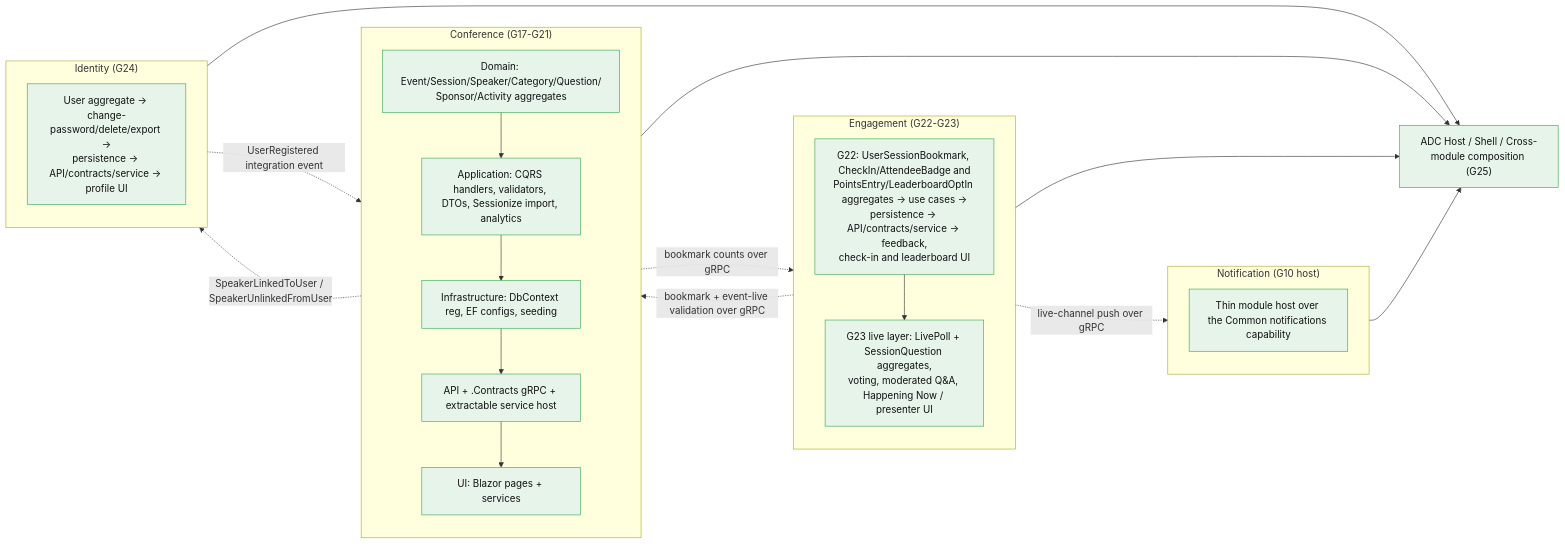
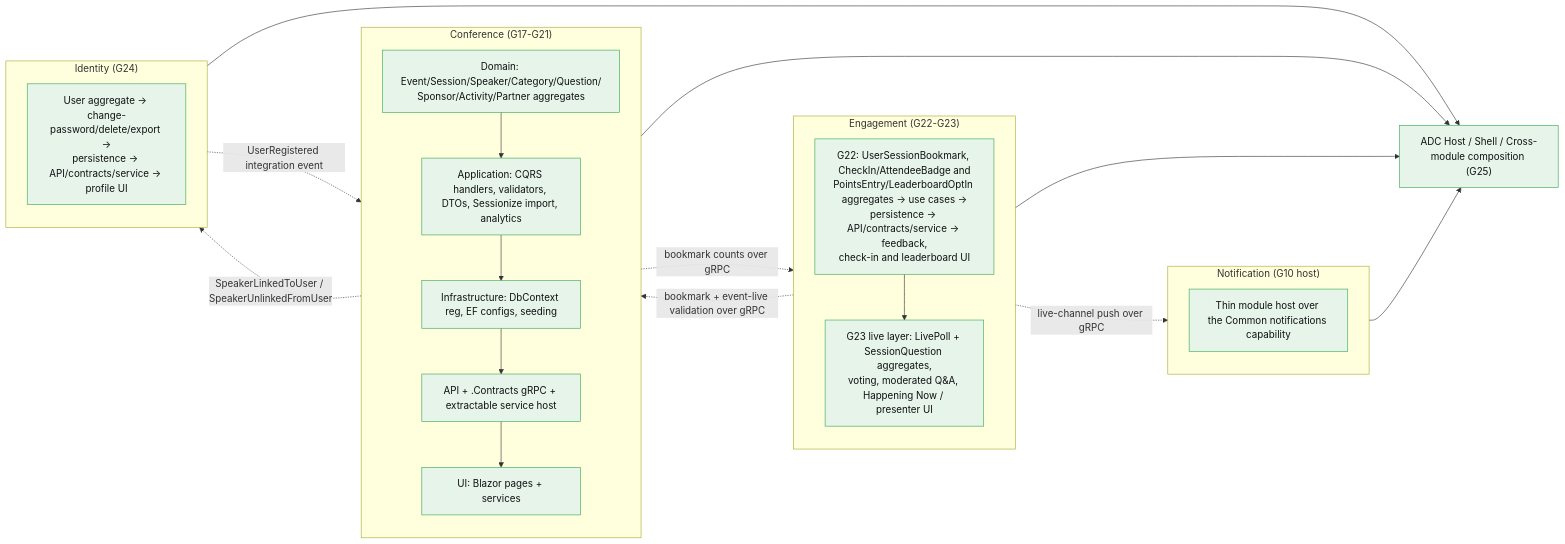
Before and after one commit to ivanball/ivanball.github.io: diagram 12 of 15 in docs-src/onboarding/CONCEPT-MAPS.md, drawn with Mermaid. The commit also changed 67 other files, not shown here.

````diff
--- a/docs-src/onboarding/CONCEPT-MAPS.md
+++ b/docs-src/onboarding/CONCEPT-MAPS.md
@@ -661,45 +661,45 @@
 ```mermaid
 flowchart LR
     subgraph CONF["Conference (G17-G21)"]
         direction TB
-        C_D["Domain: Event/Session/Speaker/Category/Question/<br/>Sponsor/Activity aggregates"]
+        C_D["Domain: Event/Session/Speaker/Category/Question/<br/>Sponsor/Activity/Partner aggregates"]
         C_A["Application: CQRS handlers, validators, DTOs, Sessionize import, analytics"]
         C_I["Infrastructure: DbContext reg, EF configs, seeding"]
         C_P["API + .Contracts gRPC + extractable service host"]
         C_U["UI: Blazor pages + services"]
         C_D --> C_A --> C_I --> C_P --> C_U
     end
 
     subgraph ENG["Engagement (G22-G23)"]
         direction TB
         E["G22: UserSessionBookmark, CheckIn/AttendeeBadge and<br/>PointsEntry/LeaderboardOptIn aggregates → use cases →<br/>persistence → API/contracts/service → feedback,<br/>check-in and leaderboard UI"]
         EL["G23 live layer: LivePoll + SessionQuestion aggregates,<br/>voting, moderated Q&amp;A, Happening Now / presenter UI"]
         E --> EL
     end
 
     subgraph IDN["Identity (G24)"]
         direction TB
         I["User aggregate → change-password/delete/export →<br/>persistence → API/contracts/service → profile UI"]
     end
 
     subgraph NOT["Notification (G10 host)"]
         direction TB
         N["Thin module host over the Common notifications capability"]
     end
 
     HOST["ADC Host / Shell / Cross-module composition (G25)"]
 
     CONF --> HOST
     ENG --> HOST
     IDN --> HOST
     NOT --> HOST
 
     IDN -.->|"UserRegistered integration event"| CONF
     CONF -.->|"SpeakerLinkedToUser / SpeakerUnlinkedFromUser"| IDN
     ENG -.->|"bookmark + event-live validation over gRPC"| CONF
     CONF -.->|"bookmark counts over gRPC"| ENG
     ENG -.->|"live-channel push over gRPC"| NOT
 
     classDef adc fill:#e6f4ea,stroke:#34a853,color:#111
     class C_D,C_A,C_I,C_P,C_U,E,EL,I,N,HOST adc
 ```
````
